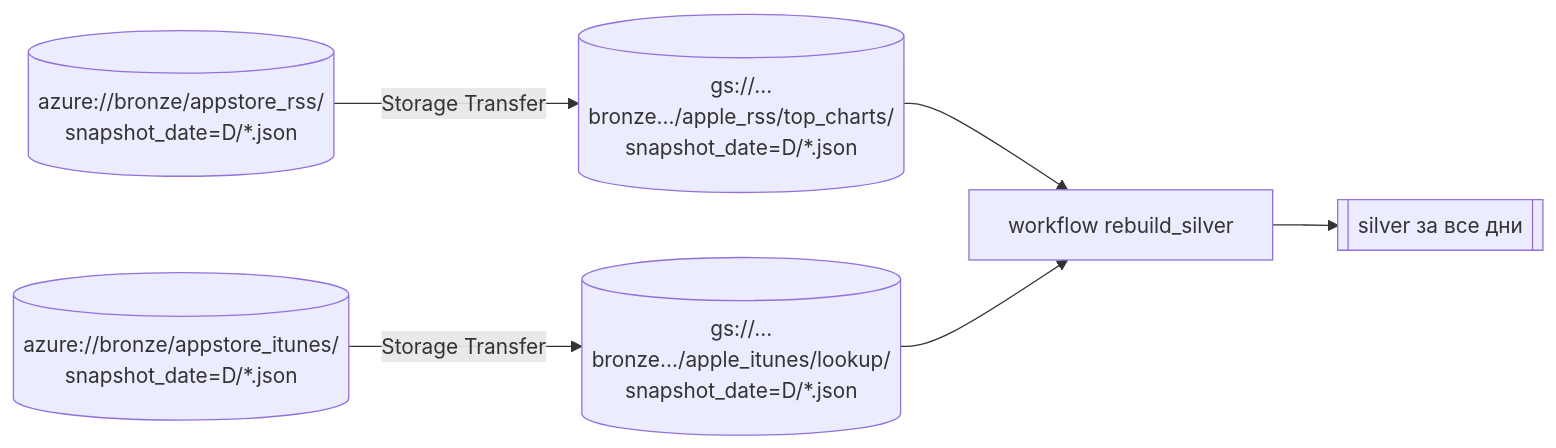
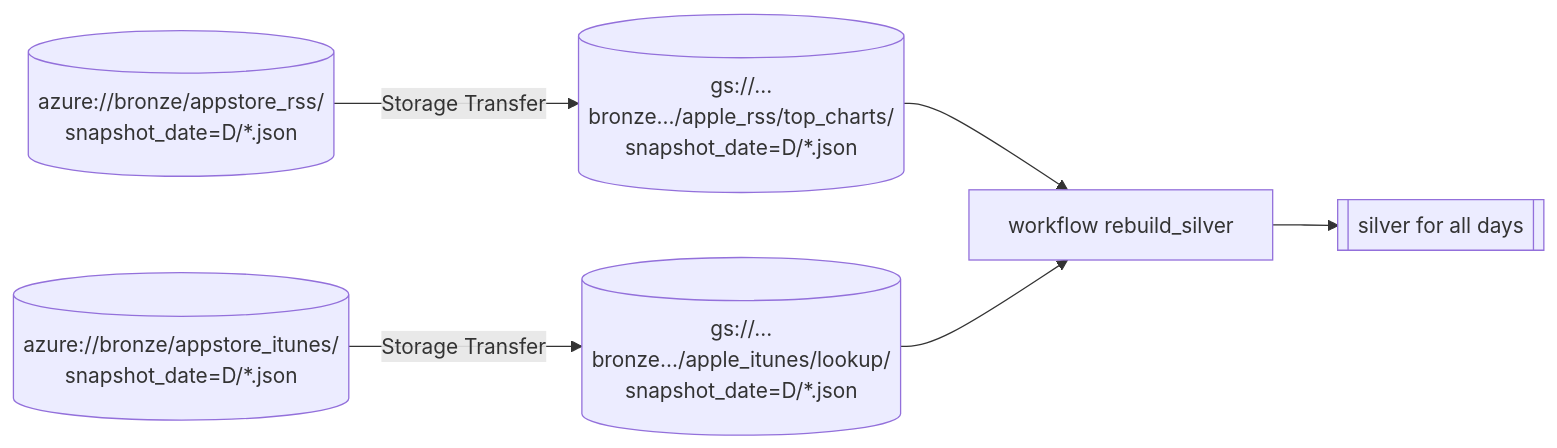
Before and after one commit to cubelake/cubelake: the third of 3 diagrams in docs/data-flow.md, drawn with Mermaid. The commit also changed other lines of this file and 5 other files, not shown here.

````diff
--- a/docs/data-flow.md
+++ b/docs/data-flow.md
@@ -116,6 +116,6 @@
 ```mermaid
 flowchart LR
   AZ1[(azure://bronze/appstore_rss/<br/>snapshot_date=D/*.json)] -- Storage Transfer --> G1[(gs://…bronze…/apple_rss/top_charts/<br/>snapshot_date=D/*.json)]
   AZ2[(azure://bronze/appstore_itunes/<br/>snapshot_date=D/*.json)] -- Storage Transfer --> G2[(gs://…bronze…/apple_itunes/lookup/<br/>snapshot_date=D/*.json)]
-  G1 & G2 --> RB[workflow rebuild_silver] --> SIL[[silver за все дни]]
+  G1 & G2 --> RB[workflow rebuild_silver] --> SIL[[silver for all days]]
 ```
````
